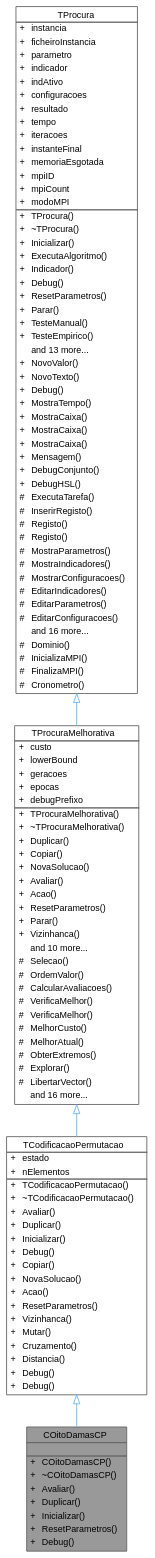
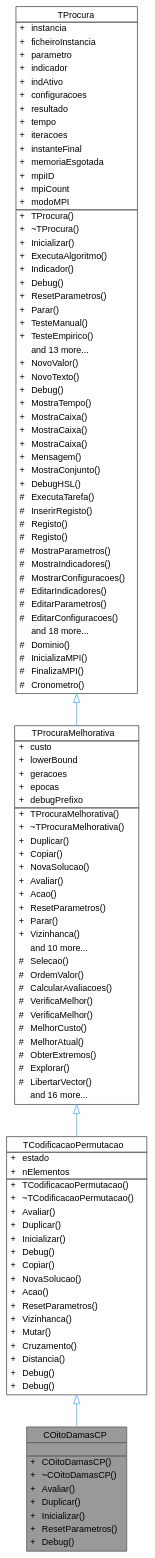
Before and after one commit to jcoelho72/TProcura: the diagram in classCOitoDamasCP__inherit__graph.dot, drawn with Graphviz. The commit also changed 238 other files, not shown here.

```diff
--- a/classCOitoDamasCP__inherit__graph.dot
+++ b/classCOitoDamasCP__inherit__graph.dot
@@ -111,7 +111,7 @@
 <TR><TD VALIGN="top" CELLPADDING="1" CELLSPACING="0">+</TD><TD VALIGN="top" ALIGN="LEFT" CELLPADDING="1" CELLSPACING="0">MostraCaixa()<BR ALIGN="LEFT"/></TD></TR>
 <TR><TD VALIGN="top" CELLPADDING="1" CELLSPACING="0">+</TD><TD VALIGN="top" ALIGN="LEFT" CELLPADDING="1" CELLSPACING="0">MostraCaixa()<BR ALIGN="LEFT"/></TD></TR>
 <TR><TD VALIGN="top" CELLPADDING="1" CELLSPACING="0">+</TD><TD VALIGN="top" ALIGN="LEFT" CELLPADDING="1" CELLSPACING="0">Mensagem()<BR ALIGN="LEFT"/></TD></TR>
-<TR><TD VALIGN="top" CELLPADDING="1" CELLSPACING="0">+</TD><TD VALIGN="top" ALIGN="LEFT" CELLPADDING="1" CELLSPACING="0">DebugConjunto()<BR ALIGN="LEFT"/></TD></TR>
+<TR><TD VALIGN="top" CELLPADDING="1" CELLSPACING="0">+</TD><TD VALIGN="top" ALIGN="LEFT" CELLPADDING="1" CELLSPACING="0">MostraConjunto()<BR ALIGN="LEFT"/></TD></TR>
 <TR><TD VALIGN="top" CELLPADDING="1" CELLSPACING="0">+</TD><TD VALIGN="top" ALIGN="LEFT" CELLPADDING="1" CELLSPACING="0">DebugHSL()<BR ALIGN="LEFT"/></TD></TR>
 <TR><TD VALIGN="top" CELLPADDING="1" CELLSPACING="0">#</TD><TD VALIGN="top" ALIGN="LEFT" CELLPADDING="1" CELLSPACING="0">ExecutaTarefa()<BR ALIGN="LEFT"/></TD></TR>
 <TR><TD VALIGN="top" CELLPADDING="1" CELLSPACING="0">#</TD><TD VALIGN="top" ALIGN="LEFT" CELLPADDING="1" CELLSPACING="0">InserirRegisto()<BR ALIGN="LEFT"/></TD></TR>
@@ -123,7 +123,7 @@
 <TR><TD VALIGN="top" CELLPADDING="1" CELLSPACING="0">#</TD><TD VALIGN="top" ALIGN="LEFT" CELLPADDING="1" CELLSPACING="0">EditarIndicadores()<BR ALIGN="LEFT"/></TD></TR>
 <TR><TD VALIGN="top" CELLPADDING="1" CELLSPACING="0">#</TD><TD VALIGN="top" ALIGN="LEFT" CELLPADDING="1" CELLSPACING="0">EditarParametros()<BR ALIGN="LEFT"/></TD></TR>
 <TR><TD VALIGN="top" CELLPADDING="1" CELLSPACING="0">#</TD><TD VALIGN="top" ALIGN="LEFT" CELLPADDING="1" CELLSPACING="0">EditarConfiguracoes()<BR ALIGN="LEFT"/></TD></TR>
-<TR><TD VALIGN="top" CELLPADDING="1" CELLSPACING="0"></TD><TD VALIGN="top" ALIGN="LEFT" CELLPADDING="1" CELLSPACING="0">and 16 more...</TD></TR>
+<TR><TD VALIGN="top" CELLPADDING="1" CELLSPACING="0"></TD><TD VALIGN="top" ALIGN="LEFT" CELLPADDING="1" CELLSPACING="0">and 18 more...</TD></TR>
 <TR><TD VALIGN="top" CELLPADDING="1" CELLSPACING="0">#</TD><TD VALIGN="top" ALIGN="LEFT" CELLPADDING="1" CELLSPACING="0">Dominio()<BR ALIGN="LEFT"/></TD></TR>
 <TR><TD VALIGN="top" CELLPADDING="1" CELLSPACING="0">#</TD><TD VALIGN="top" ALIGN="LEFT" CELLPADDING="1" CELLSPACING="0">InicializaMPI()<BR ALIGN="LEFT"/></TD></TR>
 <TR><TD VALIGN="top" CELLPADDING="1" CELLSPACING="0">#</TD><TD VALIGN="top" ALIGN="LEFT" CELLPADDING="1" CELLSPACING="0">FinalizaMPI()<BR ALIGN="LEFT"/></TD></TR>
```
